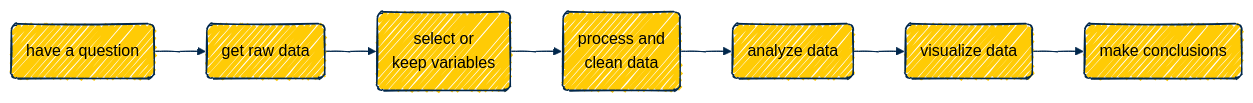
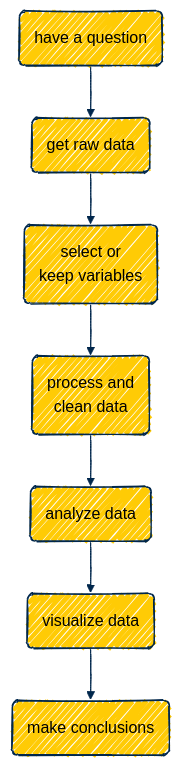
One commit to agrogan1/Stata changed the diagram in do-files/README.md. Above: the diagram before and after it, drawn with Mermaid.

````diff
--- a/do-files/README.md
+++ b/do-files/README.md
@@ -3,26 +3,26 @@
 ```mermaid
 %%{
   init: {
     'theme': 'base',
     'look': 'handDrawn',
     'themeVariables': {
       'primaryColor': '#FFCB05',
       'primaryTextColor': '#000000',
       'primaryBorderColor': '#00274C',
       'lineColor': '#00274C',
       'secondaryColor': '#00274C',
       'secondaryTextColor': '#000000',
       'tertiaryColor': '#F2F2F2',
       'tertiaryBorderColor': '#00274C'
     }
   }
 }%%
 
-flowchart LR
+flowchart TB
   A(have a question) --> B(get raw data)
   B --> B2(select or <br>keep variables)
   B2 --> C(process and <br>clean data) 
   C --> D(analyze data)
   D --> E(visualize data)
   E --> F(make conclusions)
 ```
````
